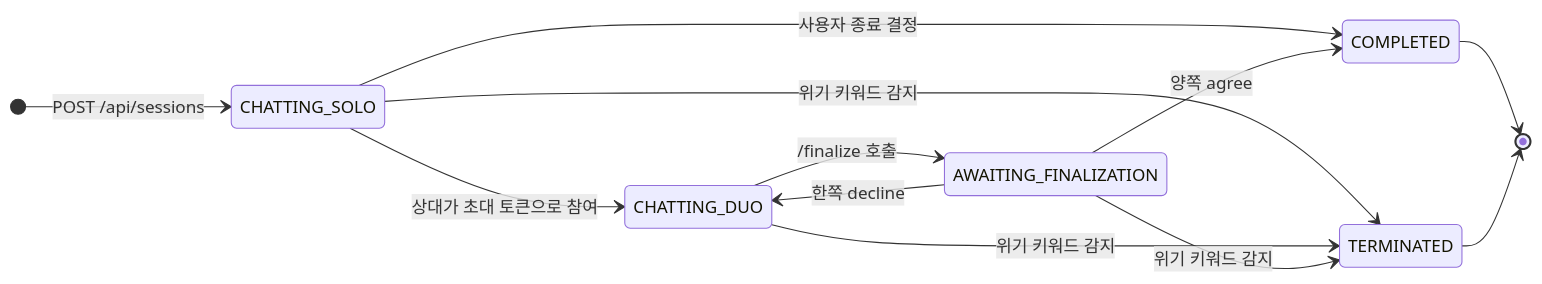
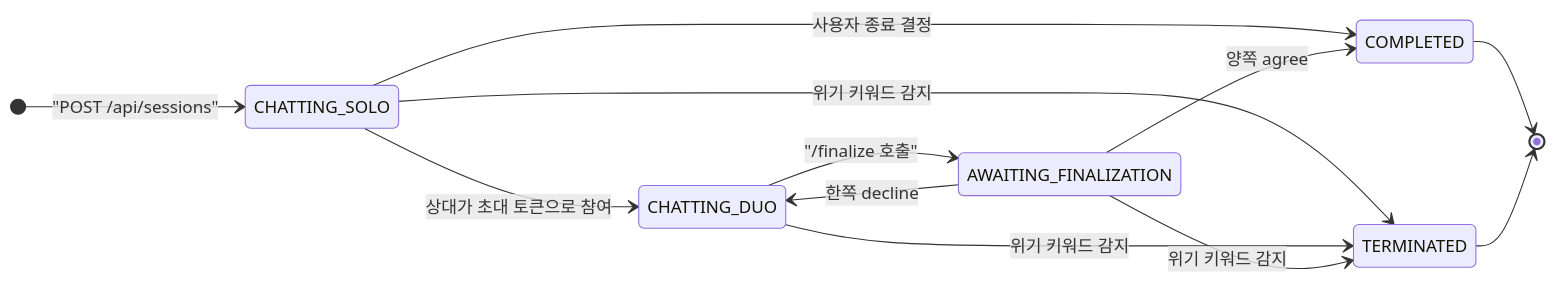
Before and after one commit to Justant-source/Again-Spring: the second of 3 diagrams in shared/docs/architecture.md, drawn with Mermaid. The commit also changed 6 other files, not shown here.

First line of the commit message:
feat: 게스트 3턴 팝업 타이밍 조정 + 이메일 중복 팝업 + mermaid 수정

````diff
--- a/shared/docs/architecture.md
+++ b/shared/docs/architecture.md
@@ -102,15 +102,15 @@
 ```mermaid
 stateDiagram-v2
     direction LR
-    [*] --> CHATTING_SOLO : POST /api/sessions
+    [*] --> CHATTING_SOLO : "POST /api/sessions"
     CHATTING_SOLO --> CHATTING_DUO : 상대가 초대 토큰으로 참여
     CHATTING_SOLO --> COMPLETED : 사용자 종료 결정
-    CHATTING_DUO --> AWAITING_FINALIZATION : /finalize 호출
+    CHATTING_DUO --> AWAITING_FINALIZATION : "/finalize 호출"
     AWAITING_FINALIZATION --> COMPLETED : 양쪽 agree
     AWAITING_FINALIZATION --> CHATTING_DUO : 한쪽 decline
     CHATTING_SOLO --> TERMINATED : 위기 키워드 감지
     CHATTING_DUO --> TERMINATED : 위기 키워드 감지
     AWAITING_FINALIZATION --> TERMINATED : 위기 키워드 감지
     COMPLETED --> [*]
     TERMINATED --> [*]
 ```
````
